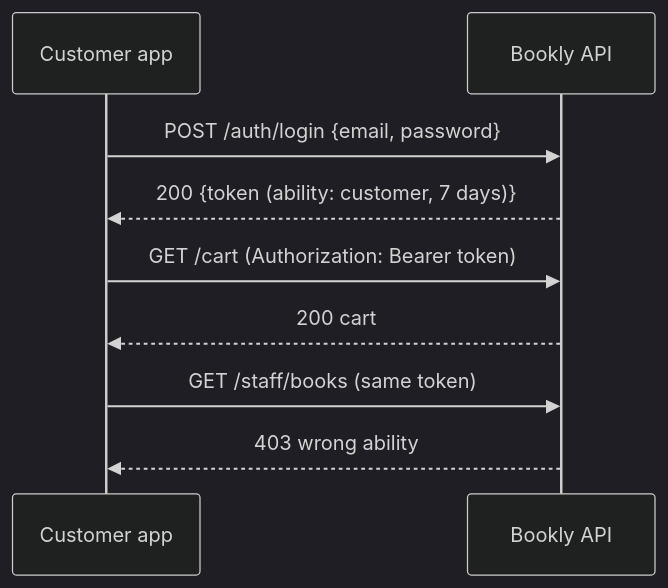
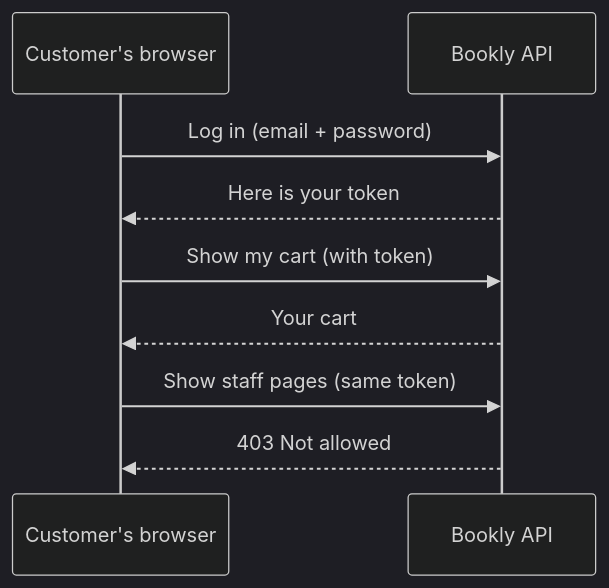
The second of 2 diagrams in README.md (danishsary8/bookly_backend_v2), drawn with Mermaid (dark theme) before and after one commit. The commit also changed other lines of this file and 13 other files, not shown here.

````diff
--- a/README.md
+++ b/README.md
@@ -51,11 +72,11 @@
 ```mermaid
 sequenceDiagram
-    participant C as Customer app
-    participant A as Bookly API
-    C->>A: POST /auth/login {email, password}
-    A-->>C: 200 {token (ability: customer, 7 days)}
-    C->>A: GET /cart (Authorization: Bearer token)
-    A-->>C: 200 cart
-    C->>A: GET /staff/books (same token)
-    A-->>C: 403 wrong ability
+    participant App as Customer's browser
+    participant API as Bookly API
+    App->>API: Log in (email + password)
+    API-->>App: Here is your token
+    App->>API: Show my cart (with token)
+    API-->>App: Your cart
+    App->>API: Show staff pages (same token)
+    API-->>App: 403 Not allowed
 ```
````
